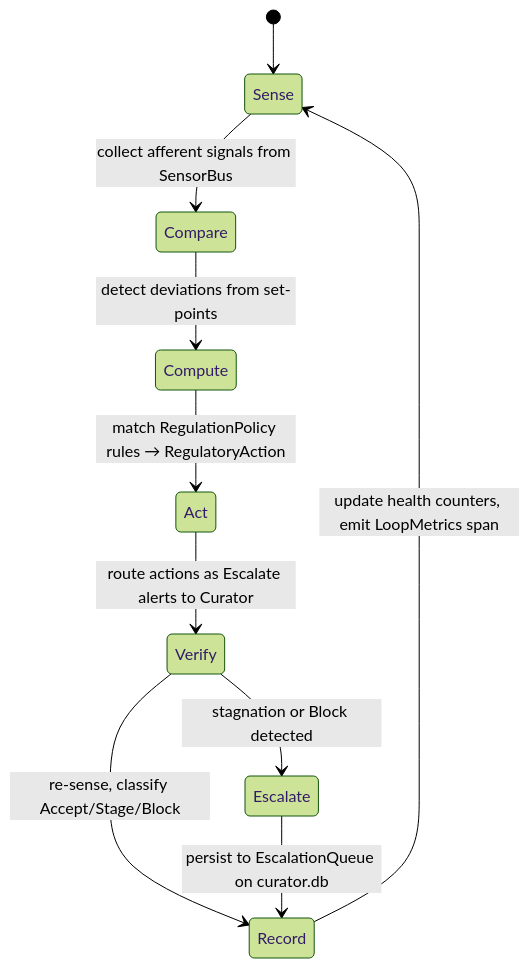
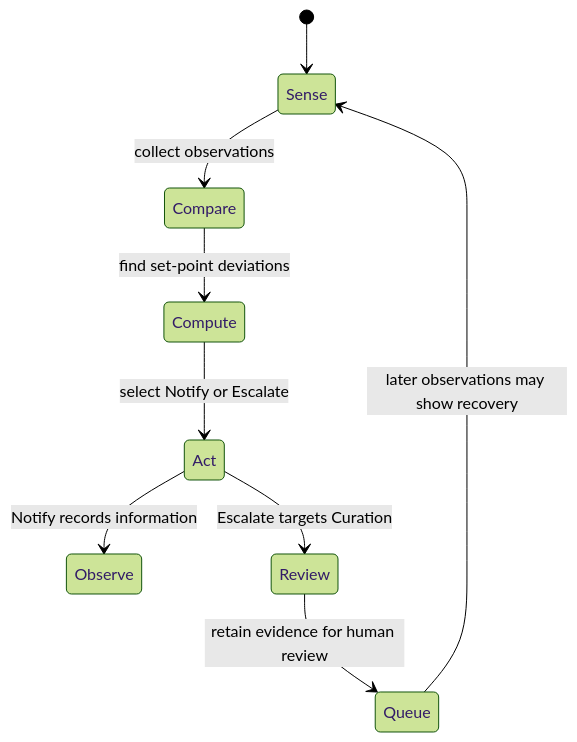
Before and after one commit to mdz-axo/zed-kask: the first of 3 diagrams in kask/docs/diataxis/hkask-regulation/explanation.md, drawn with Mermaid (forest theme). The commit also changed other lines of this file and 12 other files, not shown here.

````diff
--- a/kask/docs/diataxis/hkask-regulation/explanation.md
+++ b/kask/docs/diataxis/hkask-regulation/explanation.md
@@ -106,12 +36,11 @@
 ```mermaid
 stateDiagram-v2
     [*] --> Sense
-    Sense --> Compare: collect afferent signals from SensorBus
-    Compare --> Compute: detect deviations from set-points
-    Compute --> Act: match RegulationPolicy rules → RegulatoryAction
-    Act --> Verify: route actions as Escalate alerts to Curator
-    Verify --> Record: re-sense, classify Accept/Stage/Block
-    Record --> Sense: update health counters, emit LoopMetrics span
-    Verify --> Escalate: stagnation or Block detected
-    Escalate --> Record: persist to EscalationQueue on curator.db
+    Sense --> Compare: collect observations
+    Compare --> Compute: find set-point deviations
+    Compute --> Act: select Notify or Escalate
+    Act --> Observe: Notify records information
+    Act --> Review: Escalate targets Curation
+    Review --> Queue: retain evidence for human review
+    Queue --> Sense: later observations may show recovery
 ```
````
